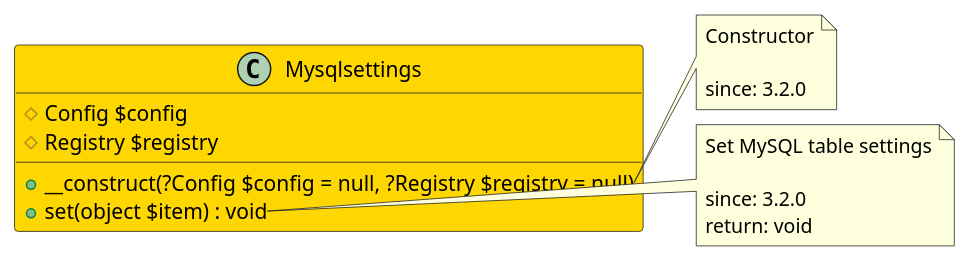
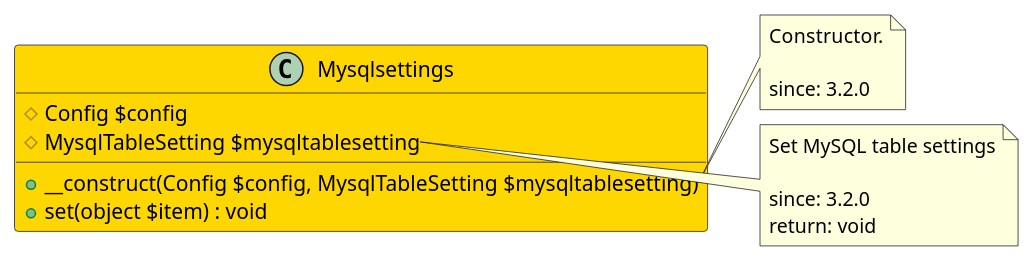
Before and after one commit to joomengine/jcb-compiler: the diagram in src/35191b0c-f7f3-44d6-8ec1-c816b997bd4e/README.md, drawn with PlantUML. The commit also changed 725 other files, not shown here.

````diff
--- a/src/35191b0c-f7f3-44d6-8ec1-c816b997bd4e/README.md
+++ b/src/35191b0c-f7f3-44d6-8ec1-c816b997bd4e/README.md
@@ -11,24 +11,24 @@
 ```uml
 @startuml
 class Mysqlsettings  #Gold {
   # Config $config
-  # Registry $registry
-  + __construct(?Config $config = null, ?Registry $registry = null)
+  # MysqlTableSetting $mysqltablesetting
+  + __construct(Config $config, MysqlTableSetting $mysqltablesetting)
   + set(object $item) : void
 }
 
 note right of Mysqlsettings::__construct
-  Constructor
+  Constructor.
 
   since: 3.2.0
 end note
 
 note right of Mysqlsettings::set
   Set MySQL table settings
 
   since: 3.2.0
   return: void
 end note
  
 @enduml
 ```
````
